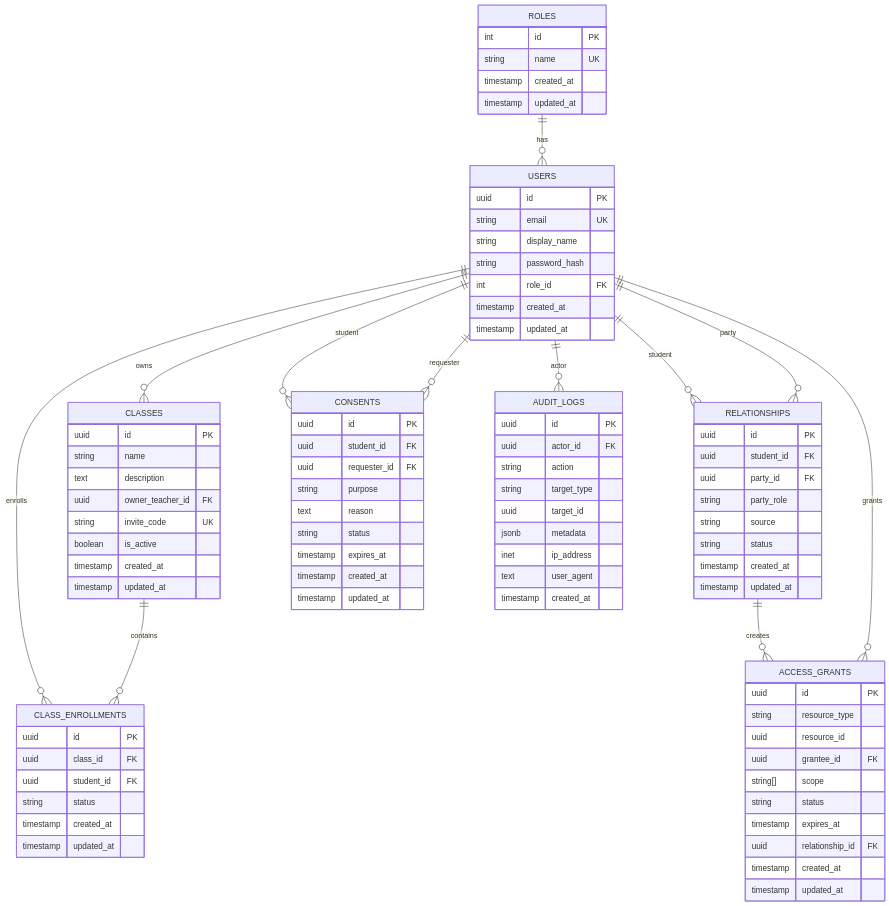
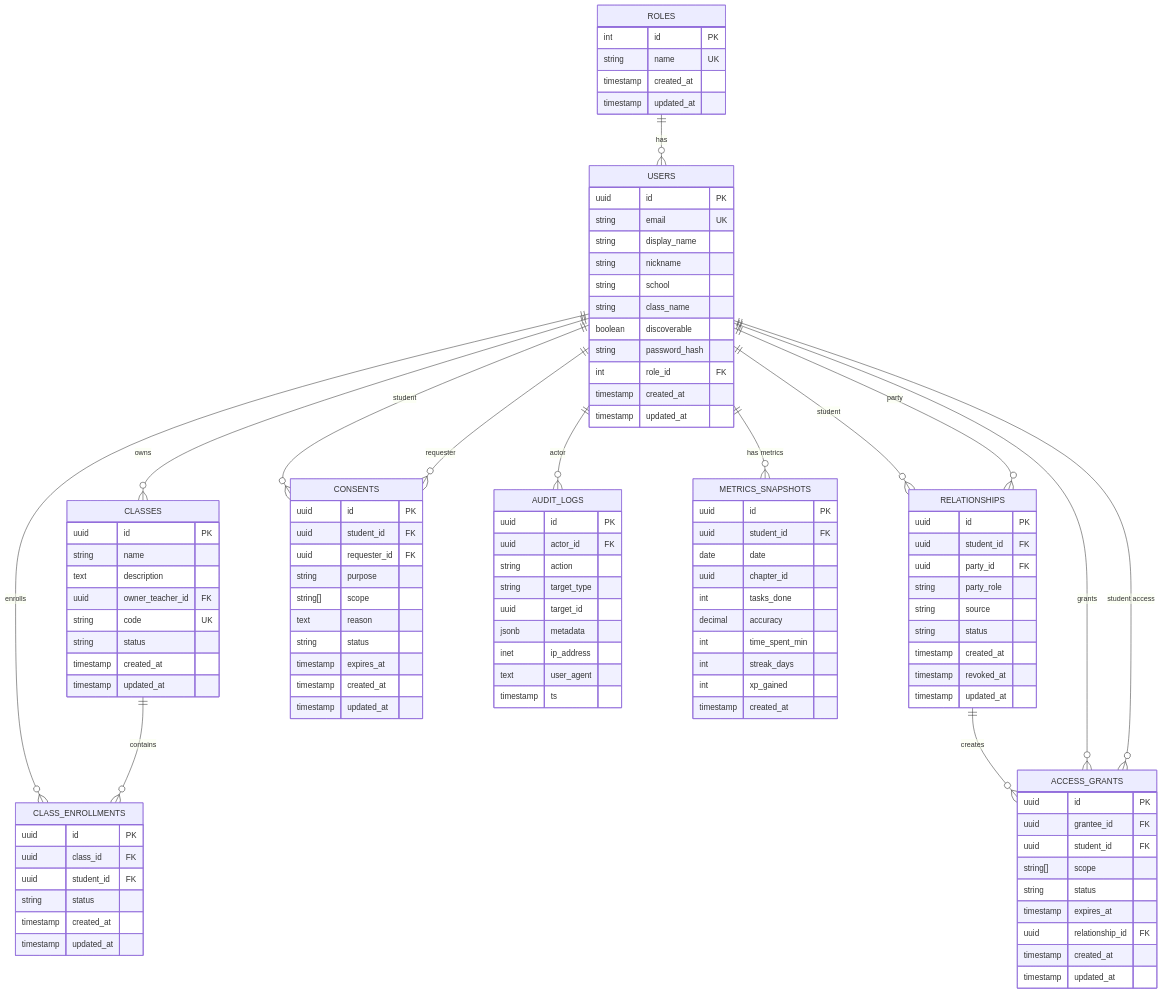
Before and after one commit to garrymei/kids-coding-platform: the diagram in docs/database/README.md, drawn with Mermaid. The commit also changed other lines of this file and 3 other files, not shown here.

````diff
--- a/docs/database/README.md
+++ b/docs/database/README.md
@@ -131,9 +155,11 @@
     USERS ||--o{ RELATIONSHIPS : party
     RELATIONSHIPS ||--o{ ACCESS_GRANTS : creates
     USERS ||--o{ ACCESS_GRANTS : grants
+    USERS ||--o{ ACCESS_GRANTS : "student access"
     USERS ||--o{ CONSENTS : student
     USERS ||--o{ CONSENTS : requester
     USERS ||--o{ AUDIT_LOGS : actor
+    USERS ||--o{ METRICS_SNAPSHOTS : "has metrics"
 
     ROLES {
         int id PK
@@ -146,6 +172,10 @@
         uuid id PK
         string email UK
         string display_name
+        string nickname
+        string school
+        string class_name
+        boolean discoverable
         string password_hash
         int role_id FK
         timestamp created_at
@@ -157,8 +187,8 @@
         string name
         text description
         uuid owner_teacher_id FK
-        string invite_code UK
-        boolean is_active
+        string code UK
+        string status
         timestamp created_at
         timestamp updated_at
     }
@@ -180,14 +210,14 @@
         string source
         string status
         timestamp created_at
+        timestamp revoked_at
         timestamp updated_at
     }
 
     ACCESS_GRANTS {
         uuid id PK
-        string resource_type
-        uuid resource_id
         uuid grantee_id FK
+        uuid student_id FK
         string[] scope
         string status
         timestamp expires_at
@@ -201,6 +231,7 @@
         uuid student_id FK
         uuid requester_id FK
         string purpose
+        string[] scope
         text reason
         string status
         timestamp expires_at
@@ -217,6 +248,19 @@
         jsonb metadata
         inet ip_address
         text user_agent
+        timestamp ts
+    }
+
+    METRICS_SNAPSHOTS {
+        uuid id PK
+        uuid student_id FK
+        date date
+        uuid chapter_id
+        int tasks_done
+        decimal accuracy
+        int time_spent_min
+        int streak_days
+        int xp_gained
         timestamp created_at
     }
 ```
````
